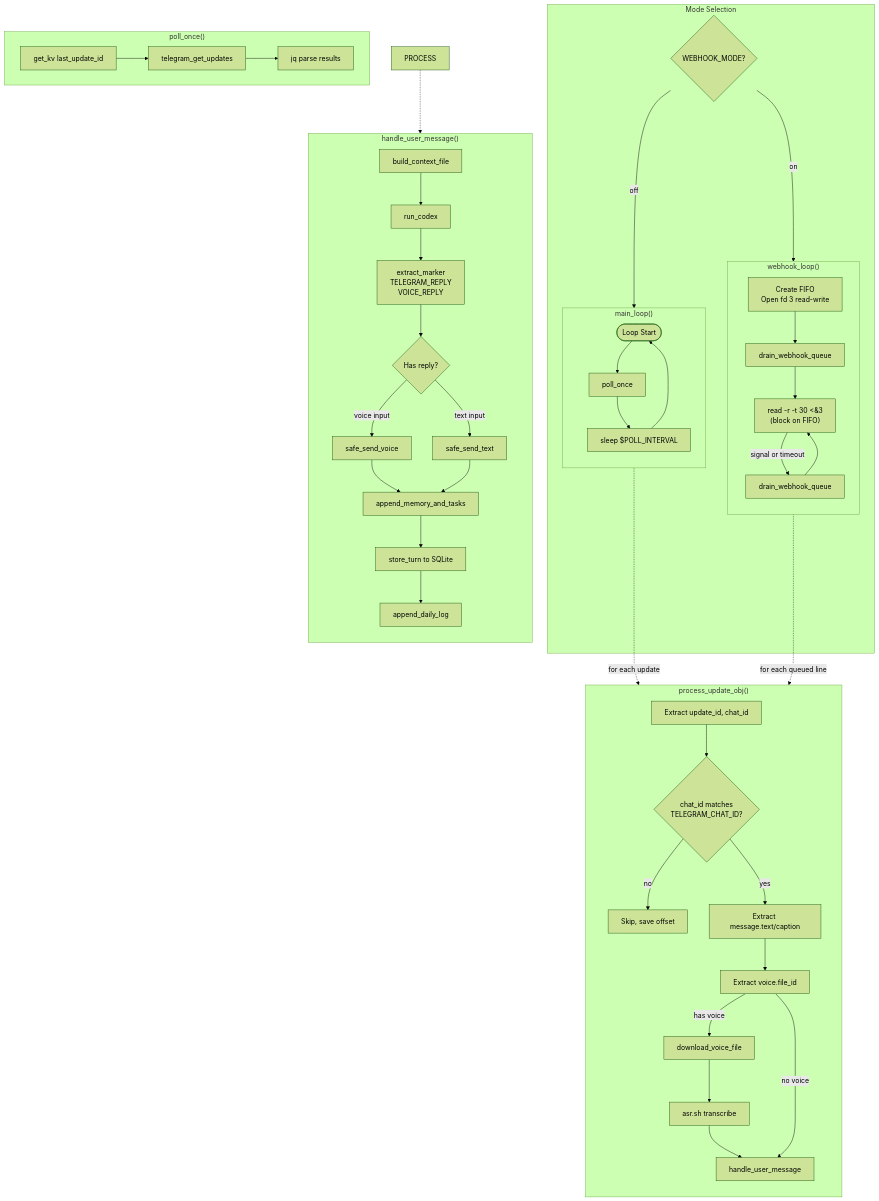
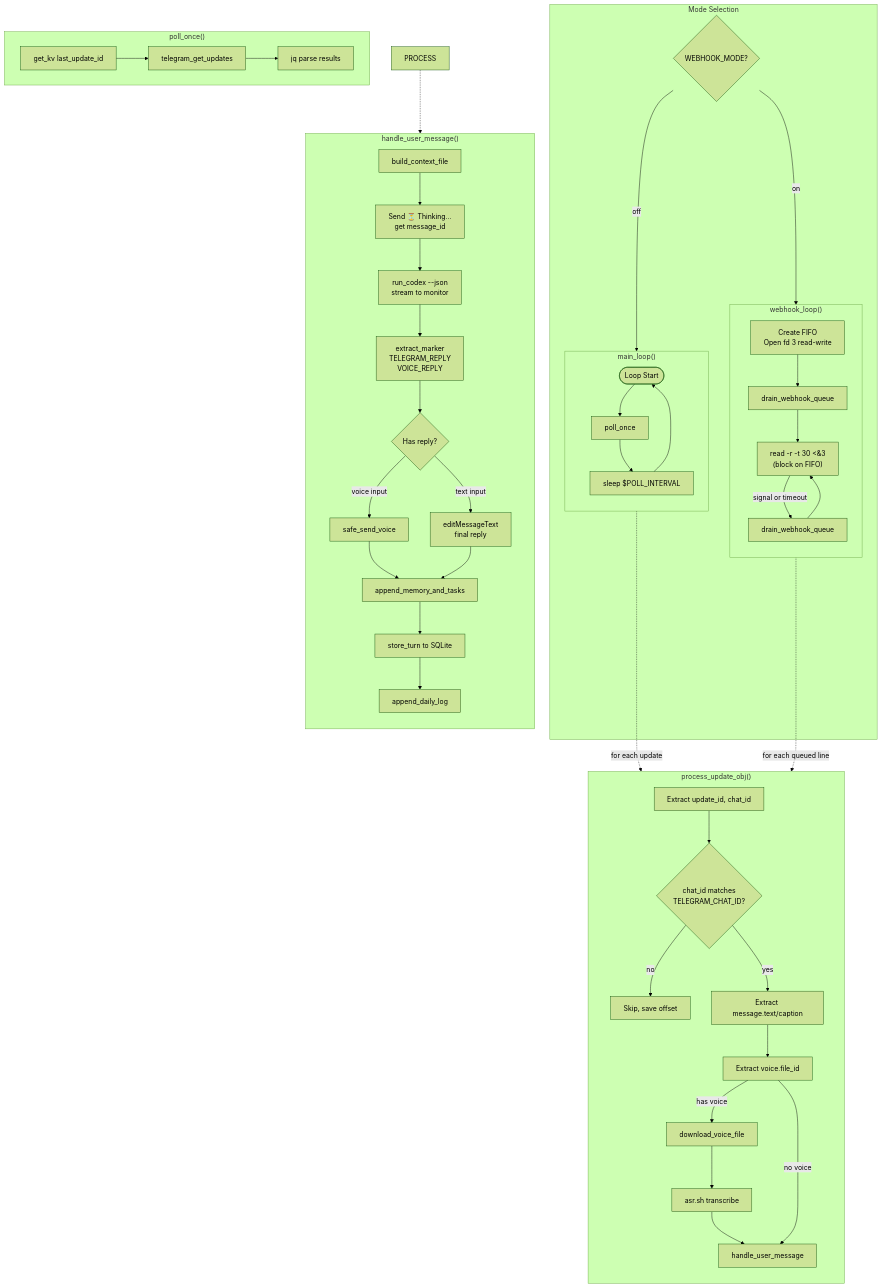
The first of 9 diagrams in README.md (lsj5031/ShellClaw), drawn with Mermaid (forest theme) before and after one commit. The commit also changed other lines of this file and 2 other files, not shown here.

First line of the commit message:
feat: live Telegram progress updates + typing indicator

````diff
--- a/README.md
+++ b/README.md
@@ -9,76 +106,77 @@
 ```mermaid
 flowchart TB
     subgraph mode_select["Mode Selection"]
         CHECK{WEBHOOK_MODE?}
         CHECK -->|"on"| webhook_loop
         CHECK -->|"off"| main_loop
     end
 
     subgraph webhook_loop["webhook_loop()"]
         direction TB
         FIFO_INIT[Create FIFO<br/>Open fd 3 read-write]
         DRAIN1[drain_webhook_queue]
         FIFO_WAIT["read -r -t 30 &lt;&amp;3<br/>(block on FIFO)"]
         DRAIN2[drain_webhook_queue]
         FIFO_INIT --> DRAIN1 --> FIFO_WAIT
         FIFO_WAIT -->|"signal or timeout"| DRAIN2
         DRAIN2 --> FIFO_WAIT
     end
 
     subgraph main_loop["main_loop()"]
         direction TB
         START([Loop Start])
         POLL[poll_once]
         SLEEP[sleep $POLL_INTERVAL]
         START --> POLL --> SLEEP --> START
     end
 
     subgraph poll_once["poll_once()"]
         GETID[get_kv last_update_id]
         REQ[telegram_get_updates]
         PARSE[jq parse results]
         GETID --> REQ --> PARSE
     end
 
     subgraph process_update["process_update_obj()"]
         direction TB
         EXTRACT[Extract update_id, chat_id]
         CHECK_CHAT{chat_id matches<br/>TELEGRAM_CHAT_ID?}
         MSG_TEXT[Extract message.text/caption]
         VOICE_ID[Extract voice.file_id]
         DOWNLOAD[download_voice_file]
         ASR_CALL[asr.sh transcribe]
         HANDLE[handle_user_message]
         
         EXTRACT --> CHECK_CHAT
         CHECK_CHAT -->|"no"| SKIP[Skip, save offset]
         CHECK_CHAT -->|"yes"| MSG_TEXT
         MSG_TEXT --> VOICE_ID
         VOICE_ID -->|has voice| DOWNLOAD --> ASR_CALL --> HANDLE
         VOICE_ID -->|no voice| HANDLE
     end
 
     subgraph handle_user["handle_user_message()"]
         direction TB
         BUILD[build_context_file]
-        RUN[run_codex]
+        PROGRESS[Send ⏳ Thinking…<br/>get message_id]
+        RUN[run_codex --json<br/>stream to monitor]
         EXTRACT2[extract_marker<br/>TELEGRAM_REPLY<br/>VOICE_REPLY]
         CHECK_REPLY{Has reply?}
-        SEND_TEXT[safe_send_text]
+        EDIT_TEXT[editMessageText<br/>final reply]
         SEND_VOICE[safe_send_voice]
         APPEND[append_memory_and_tasks]
         STORE[store_turn to SQLite]
         LOG[append_daily_log]
         
-        BUILD --> RUN --> EXTRACT2 --> CHECK_REPLY
+        BUILD --> PROGRESS --> RUN --> EXTRACT2 --> CHECK_REPLY
         CHECK_REPLY -->|voice input| SEND_VOICE
-        CHECK_REPLY -->|text input| SEND_TEXT
+        CHECK_REPLY -->|text input| EDIT_TEXT
         SEND_VOICE --> APPEND
-        SEND_TEXT --> APPEND
+        EDIT_TEXT --> APPEND
         APPEND --> STORE --> LOG
     end
 
     POLL -.->|"for each update"| process_update
     DRAIN2 -.->|"for each queued line"| process_update
     PROCESS -.-> handle_user
 ```
````
